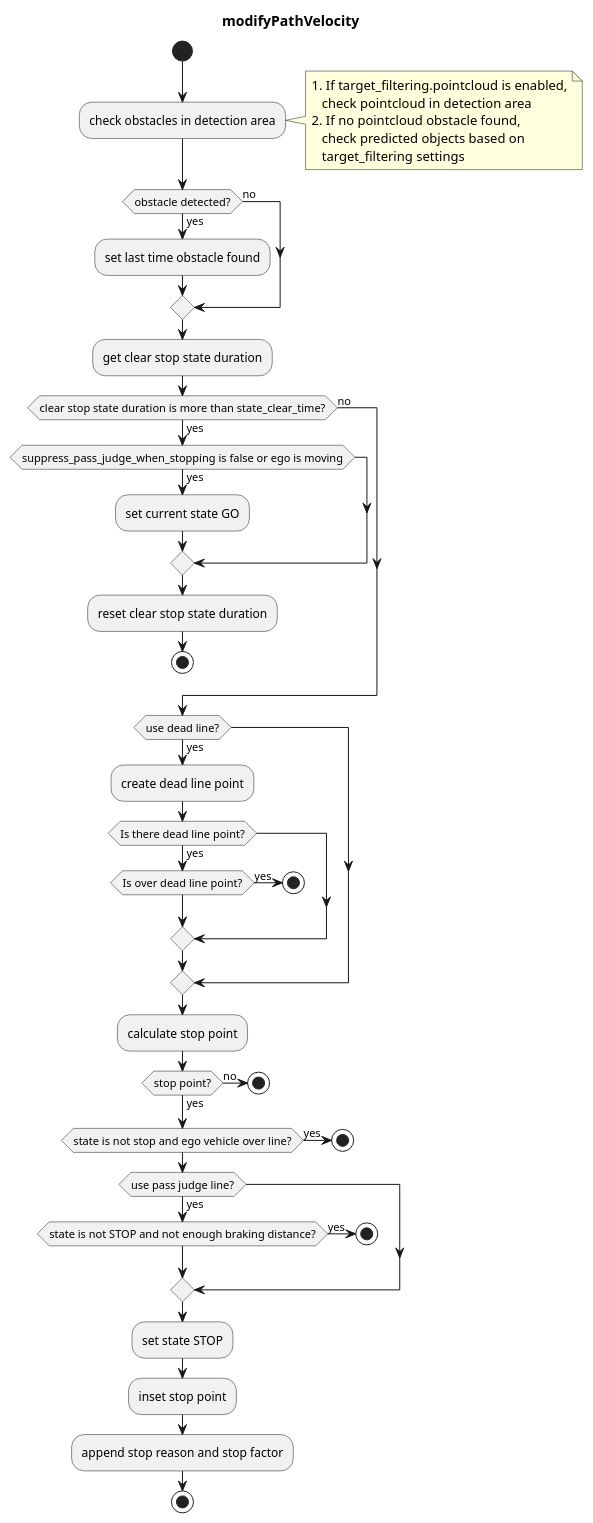
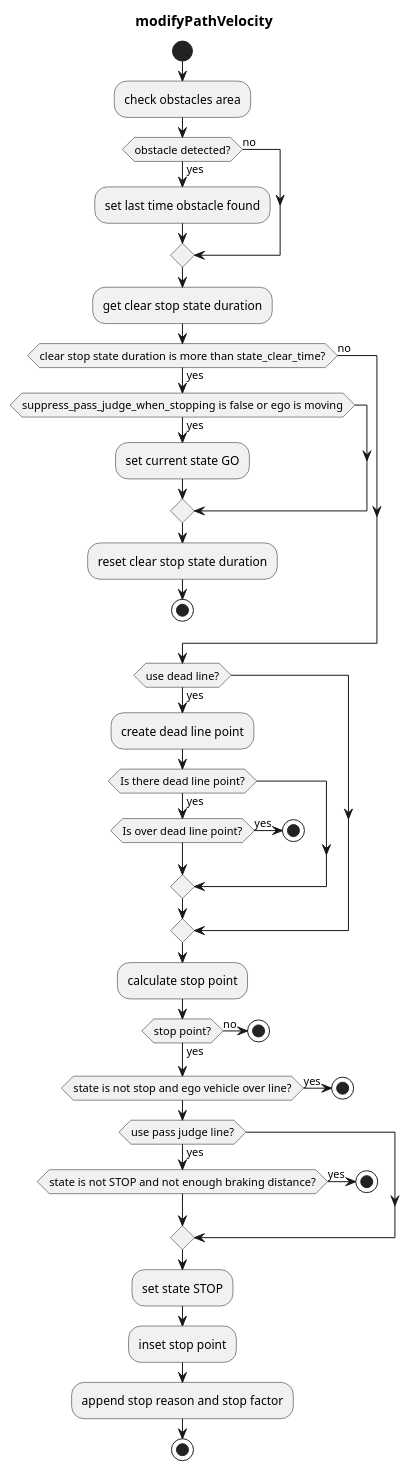
The diagram in planning/behavior_velocity_planner/autoware_behavior_velocity_detection_area_module/README.md (autowarefoundation/autoware_universe), drawn with PlantUML before and after one commit. The commit also changed other lines of this file, not shown here.

Commit message:
docs(detection_area): update README to clarify detection area and target filtering parameters

````diff
--- a/planning/behavior_velocity_planner/autoware_behavior_velocity_detection_area_module/README.md
+++ b/planning/behavior_velocity_planner/autoware_behavior_velocity_detection_area_module/README.md
@@ -63,66 +61,59 @@
 ```plantuml
 @startuml
 title modifyPathVelocity
 start
 
-:check obstacles in detection area;
-note right
-  1. If target_filtering.pointcloud is enabled,
-     check pointcloud in detection area
-  2. If no pointcloud obstacle found,
-     check predicted objects based on
-     target_filtering settings
-end note
+:check obstacles area;
 
 if (obstacle detected?) then (no)
 else (yes)
   :set last time obstacle found;
 endif
 
 :get clear stop state duration;
 
 if (clear stop state duration is more than state_clear_time?) then (yes)
   if (suppress_pass_judge_when_stopping is false or ego is moving) then (yes)
     :set current state GO;
   endif
   :reset clear stop state duration;
   stop
 else (no)
 endif
 
 if (use dead line?) then (yes)
   :create dead line point;
   if (Is there dead line point?) then (yes)
     if (Is over dead line point?) then (yes)
       stop
     endif
   endif
 endif
 
 :calculate stop point;
 
 if (stop point?) then (yes)
 else (no)
   stop
 endif
 
 
 if (state is not stop and ego vehicle over line?) then (yes)
   stop
 endif
 
 if (use pass judge line?) then (yes)
   if (state is not STOP and not enough braking distance?) then (yes)
     stop
   endif
 endif
 
 :set state STOP;
 
 :inset stop point;
 
 :append stop reason and stop factor;
 
 stop
 @enduml
 ```
````
